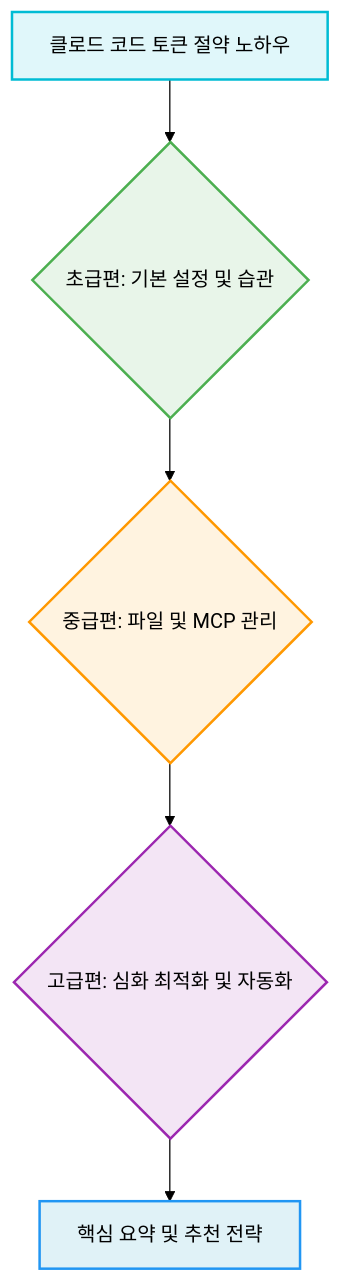
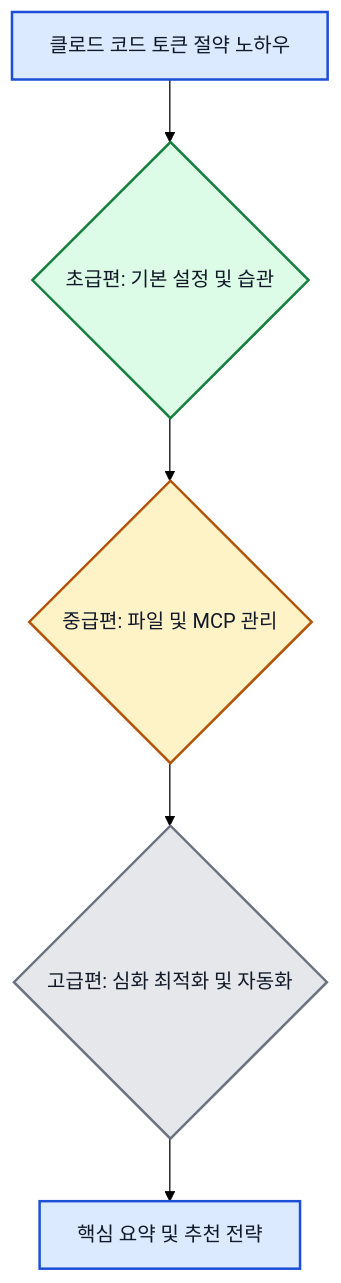
Before and after one commit to Jimmy-Jung/ai-symbiote: the diagram in 클로드 코드 토큰 절약_ 초급, 중급, 고급 팁 총정리.md, drawn with Mermaid (forest theme). The commit also changed other lines of this file and 10 other files, not shown here.

Commit message:
docs(mermaid): 다이어그램 대비 색상 개선

````diff
--- a/클로드 코드 토큰 절약_ 초급, 중급, 고급 팁 총정리.md
+++ b/클로드 코드 토큰 절약_ 초급, 중급, 고급 팁 총정리.md
@@ -11,13 +11,13 @@
 ```mermaid
 flowchart TD
     A["클로드 코드 토큰 절약 노하우"] --> B{"초급편: 기본 설정 및 습관"}
     B --> C{"중급편: 파일 및 MCP 관리"}
     C --> D{"고급편: 심화 최적화 및 자동화"}
     D --> E["핵심 요약 및 추천 전략"]
 
-    style A fill:#e0f7fa,stroke:#00bcd4,stroke-width:2px
-    style B fill:#e8f5e9,stroke:#4caf50,stroke-width:2px
-    style C fill:#fff3e0,stroke:#ff9800,stroke-width:2px
-    style D fill:#f3e5f5,stroke:#9c27b0,stroke-width:2px
-    style E fill:#e0f2f7,stroke:#2196f3,stroke-width:2px
+    style A fill:#dbeafe,stroke:#1d4ed8,color:#111827,stroke-width:2px
+    style B fill:#dcfce7,stroke:#15803d,color:#111827,stroke-width:2px
+    style C fill:#fef3c7,stroke:#b45309,color:#111827,stroke-width:2px
+    style D fill:#e5e7eb,stroke:#6b7280,color:#111827,stroke-width:2px
+    style E fill:#dbeafe,stroke:#1d4ed8,color:#111827,stroke-width:2px
 ```
````
